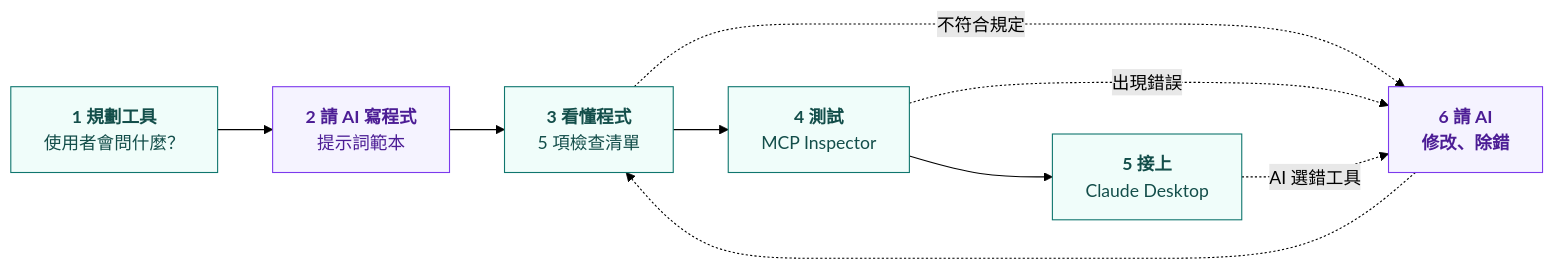
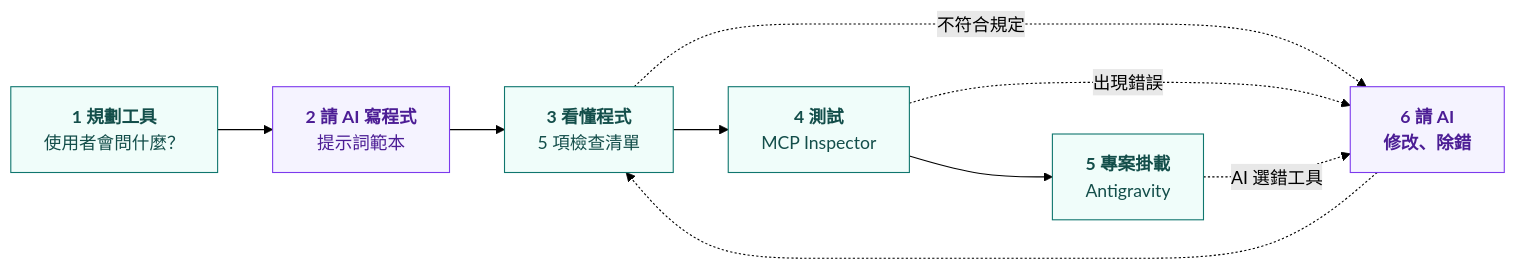
The first of 3 diagrams in mcp_server/1_用AI建立MCP_server/README.md (roberthsu2003/postgreSQL_MCP), drawn with Mermaid (forest theme) before and after one commit. The commit also changed other lines of this file and 28 other files, not shown here.

````diff
--- a/mcp_server/1_用AI建立MCP_server/README.md
+++ b/mcp_server/1_用AI建立MCP_server/README.md
@@ -20,19 +20,19 @@
 ```mermaid
 flowchart LR
     S1["<b>1 規劃工具</b><br/>使用者會問什麼？"]
     S2["<b>2 請 AI 寫程式</b><br/>提示詞範本"]
     S3["<b>3 看懂程式</b><br/>5 項檢查清單"]
     S4["<b>4 測試</b><br/>MCP Inspector"]
-    S5["<b>5 接上</b><br/>Claude Desktop"]
+    S5["<b>5 專案掛載</b><br/>Antigravity"]
     S6["<b>6 請 AI<br/>修改、除錯</b>"]
     S1 --> S2 --> S3 --> S4 --> S5
     S3 -. 不符合規定 .-> S6
     S4 -. 出現錯誤 .-> S6
     S5 -. AI 選錯工具 .-> S6
     S6 -.-> S3
 
     classDef you fill:#f0fdfa,stroke:#0f766e,color:#134e4a
     classDef ai fill:#f5f3ff,stroke:#7c3aed,color:#4c1d95
     class S1,S3,S4,S5 you
     class S2,S6 ai
 ```
````
